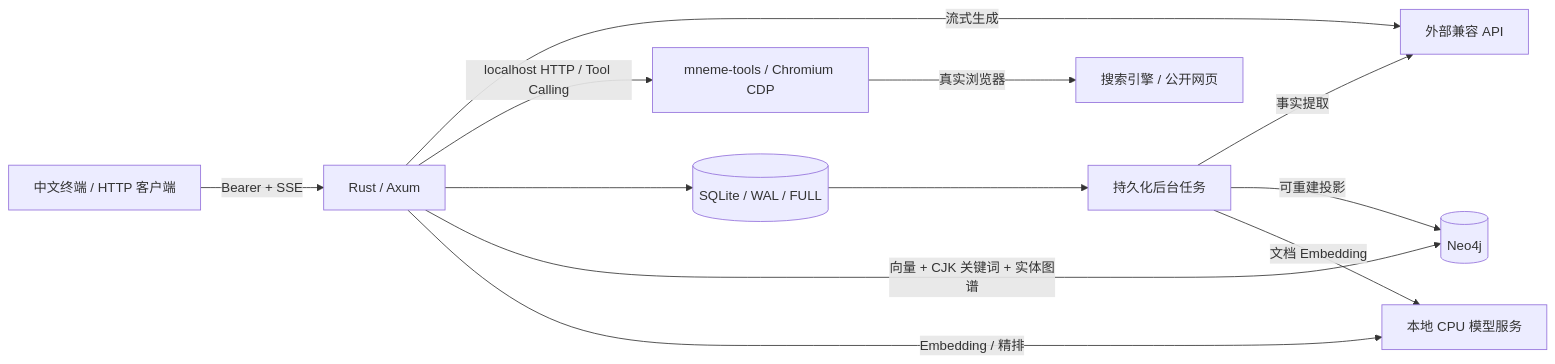
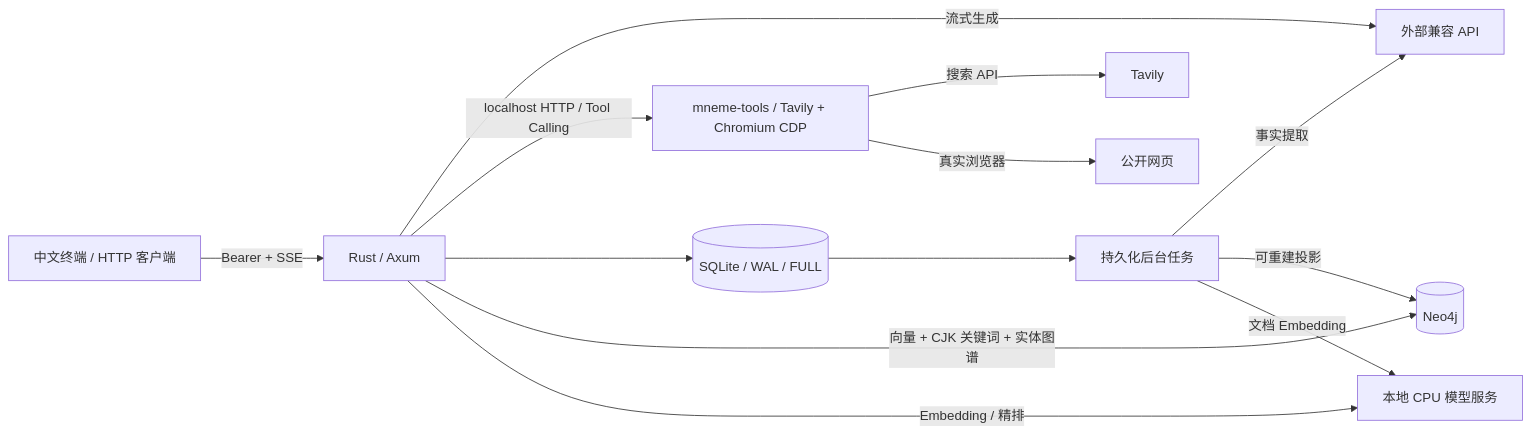
Before and after one commit to VesperGlow/mneme: the diagram in README.md, drawn with Mermaid. The commit also changed other lines of this file and 17 other files, not shown here.

Commit message:
feat: use Tavily search with rotating API keys

````diff
--- a/README.md
+++ b/README.md
@@ -9,14 +9,15 @@
 ```mermaid
 flowchart LR
     Client[中文终端 / HTTP 客户端] -->|Bearer + SSE| Rust[Rust / Axum]
     Rust -->|流式生成| LLM[外部兼容 API]
-    Rust -->|localhost HTTP / Tool Calling| Tools[mneme-tools / Chromium CDP]
-    Tools -->|真实浏览器| Web[搜索引擎 / 公开网页]
+    Rust -->|localhost HTTP / Tool Calling| Tools[mneme-tools / Tavily + Chromium CDP]
+    Tools -->|搜索 API| Tavily[Tavily]
+    Tools -->|真实浏览器| Web[公开网页]
     Rust --> SQLite[(SQLite / WAL / FULL)]
     SQLite --> Worker[持久化后台任务]
     Worker -->|事实提取| LLM
     Worker -->|可重建投影| Neo4j[(Neo4j)]
     Rust -->|向量 + CJK 关键词 + 实体图谱| Neo4j
     Rust -->|Embedding / 精排| Models[本地 CPU 模型服务]
     Worker -->|文档 Embedding| Models
 ```
````
